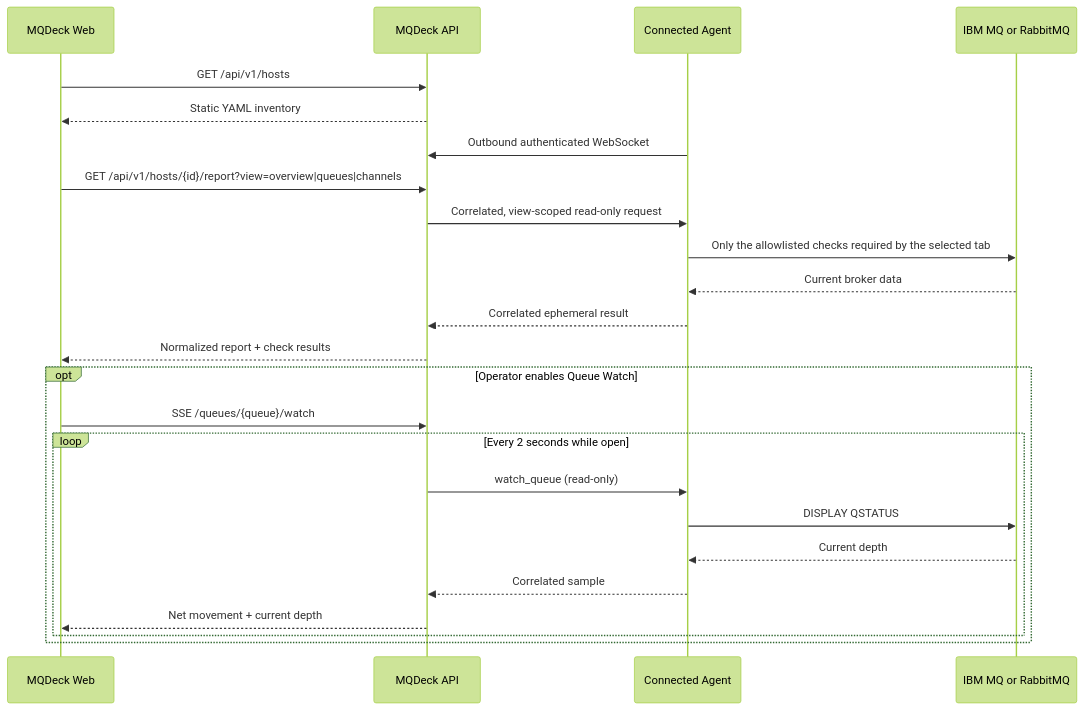
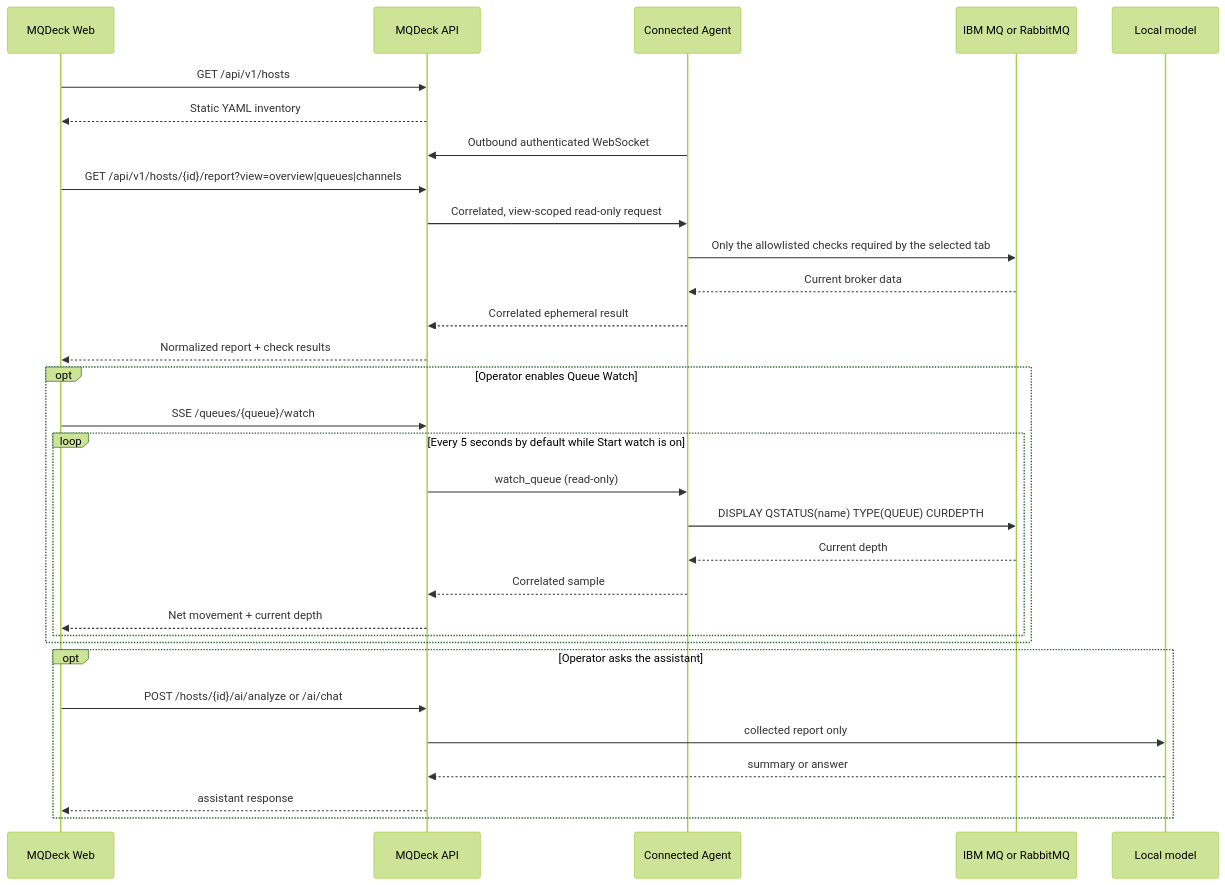
One commit to mqdeck/mqdeck changed the diagram in docs/on-demand-architecture.md. Above: the diagram before and after it, drawn with Mermaid (forest theme). The commit also changed other lines of this file and 19 other files, not shown here.

````diff
--- a/docs/on-demand-architecture.md
+++ b/docs/on-demand-architecture.md
@@ -17,27 +20,34 @@
 ```mermaid
 sequenceDiagram
     participant UI as MQDeck Web
     participant API as MQDeck API
     participant A as Connected Agent
     participant MQ as IBM MQ or RabbitMQ
+    participant Model as Local model
 
     UI->>API: GET /api/v1/hosts
     API-->>UI: Static YAML inventory
     A->>API: Outbound authenticated WebSocket
     UI->>API: GET /api/v1/hosts/{id}/report?view=overview|queues|channels
     API->>A: Correlated, view-scoped read-only request
     A->>MQ: Only the allowlisted checks required by the selected tab
     MQ-->>A: Current broker data
     A-->>API: Correlated ephemeral result
     API-->>UI: Normalized report + check results
     opt Operator enables Queue Watch
         UI->>API: SSE /queues/{queue}/watch
-        loop Every 2 seconds while open
+        loop Every 5 seconds by default while Start watch is on
             API->>A: watch_queue (read-only)
-            A->>MQ: DISPLAY QSTATUS
+            A->>MQ: DISPLAY QSTATUS(name) TYPE(QUEUE) CURDEPTH
             MQ-->>A: Current depth
             A-->>API: Correlated sample
             API-->>UI: Net movement + current depth
         end
     end
+    opt Operator asks the assistant
+        UI->>API: POST /hosts/{id}/ai/analyze or /ai/chat
+        API->>Model: collected report only
+        Model-->>API: summary or answer
+        API-->>UI: assistant response
+    end
 ```
````
